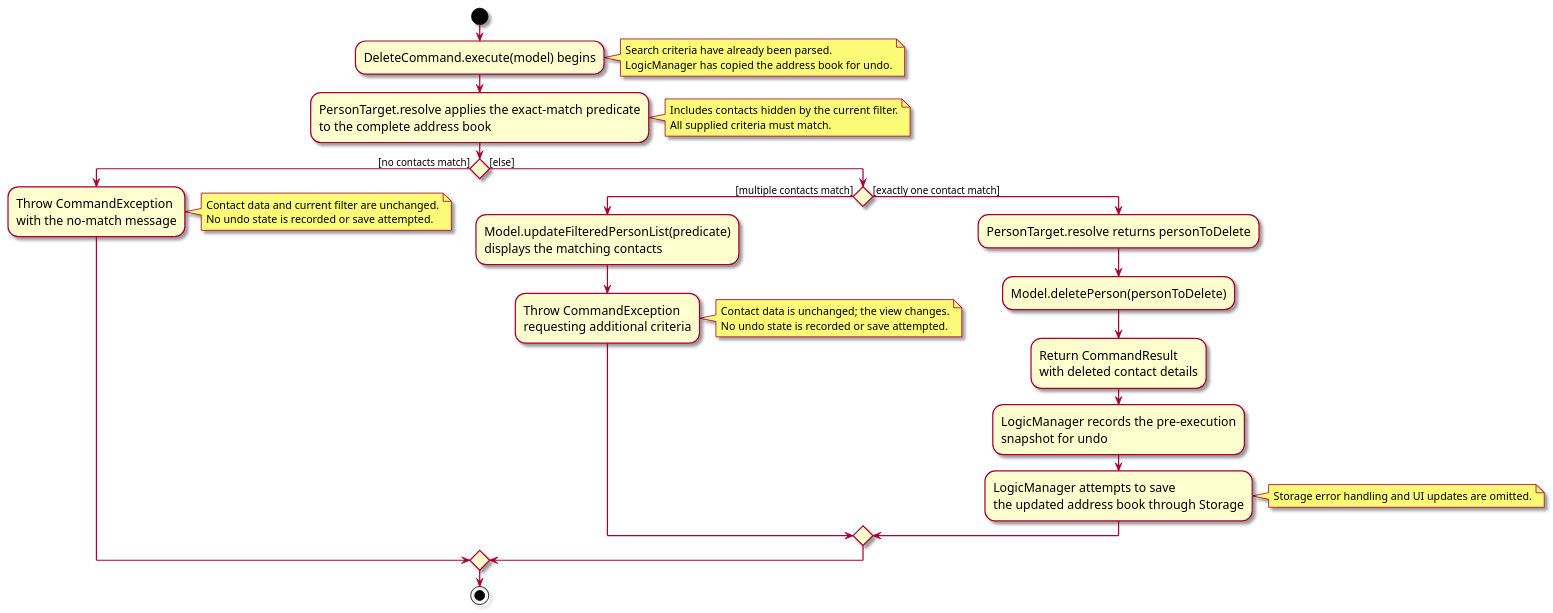
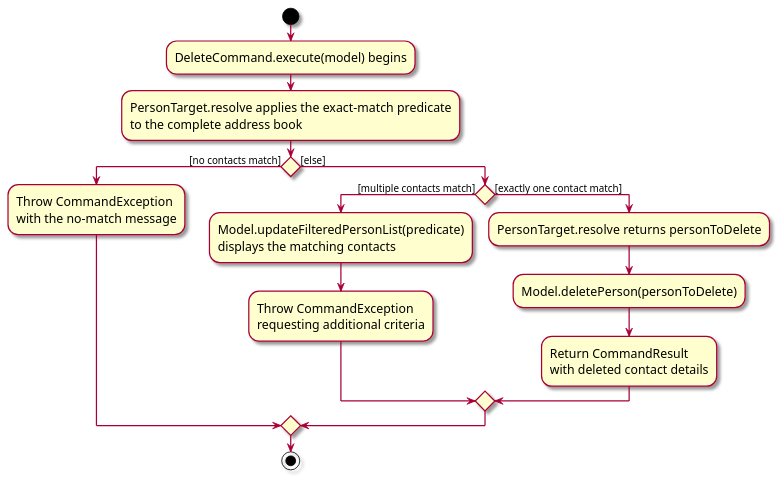
Before and after one commit to AY2627S1-CS2103T-T16-4/tp: the diagram in docs/diagrams/DeleteTargetingActivityDiagram.puml, drawn with PlantUML. The commit also changed 3 other files, not shown here.

```diff
--- a/docs/diagrams/DeleteTargetingActivityDiagram.puml
+++ b/docs/diagrams/DeleteTargetingActivityDiagram.puml
@@ -1,44 +1,23 @@
 @startuml
 skin rose
 skinparam ActivityFontSize 15
 skinparam ArrowFontSize 12
 
 start
 :DeleteCommand.execute(model) begins;
-note right
-  Search criteria have already been parsed.
-  LogicManager has copied the address book for undo.
-end note
 :PersonTarget.resolve applies the exact-match predicate\nto the complete address book;
-note right
-  Includes contacts hidden by the current filter.
-  All supplied criteria must match.
-end note
 
 if () then ([no contacts match])
   :Throw CommandException\nwith the no-match message;
-  note right
-    Contact data and current filter are unchanged.
-    No undo state is recorded or save attempted.
-  end note
 else ([else])
   if () then ([multiple contacts match])
     :Model.updateFilteredPersonList(predicate)\ndisplays the matching contacts;
     :Throw CommandException\nrequesting additional criteria;
-    note right
-      Contact data is unchanged; the view changes.
-      No undo state is recorded or save attempted.
-    end note
   else ([exactly one contact match])
     :PersonTarget.resolve returns personToDelete;
     :Model.deletePerson(personToDelete);
     :Return CommandResult\nwith deleted contact details;
-    :LogicManager records the pre-execution\nsnapshot for undo;
-    :LogicManager attempts to save\nthe updated address book through Storage;
-    note right
-      Storage error handling and UI updates are omitted.
-    end note
   endif
 endif
 stop
 @enduml
```
